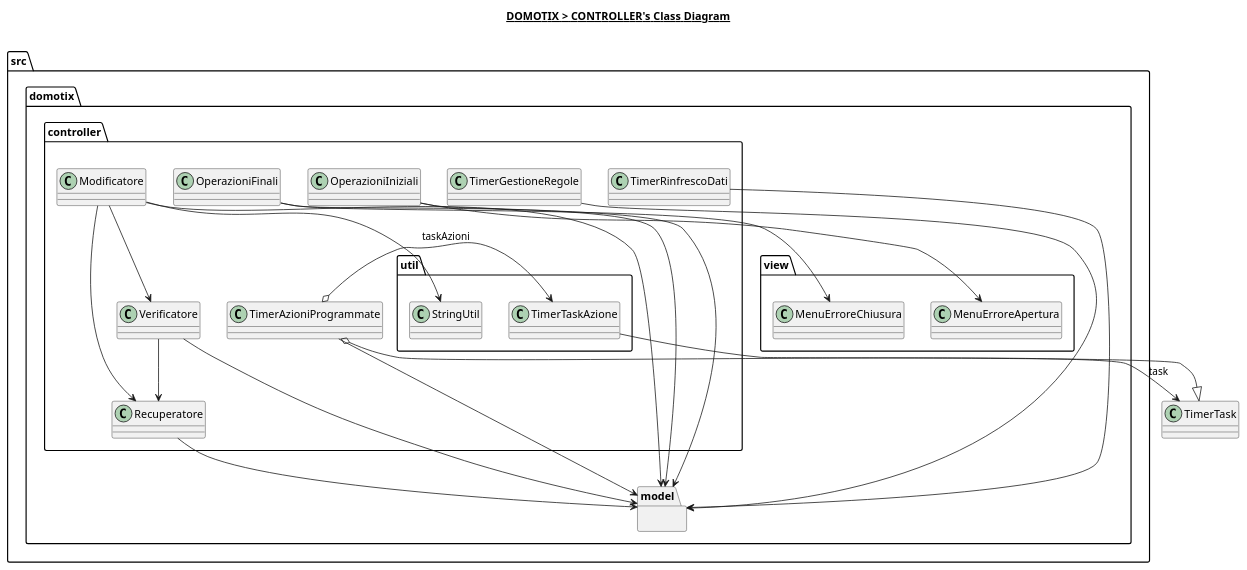
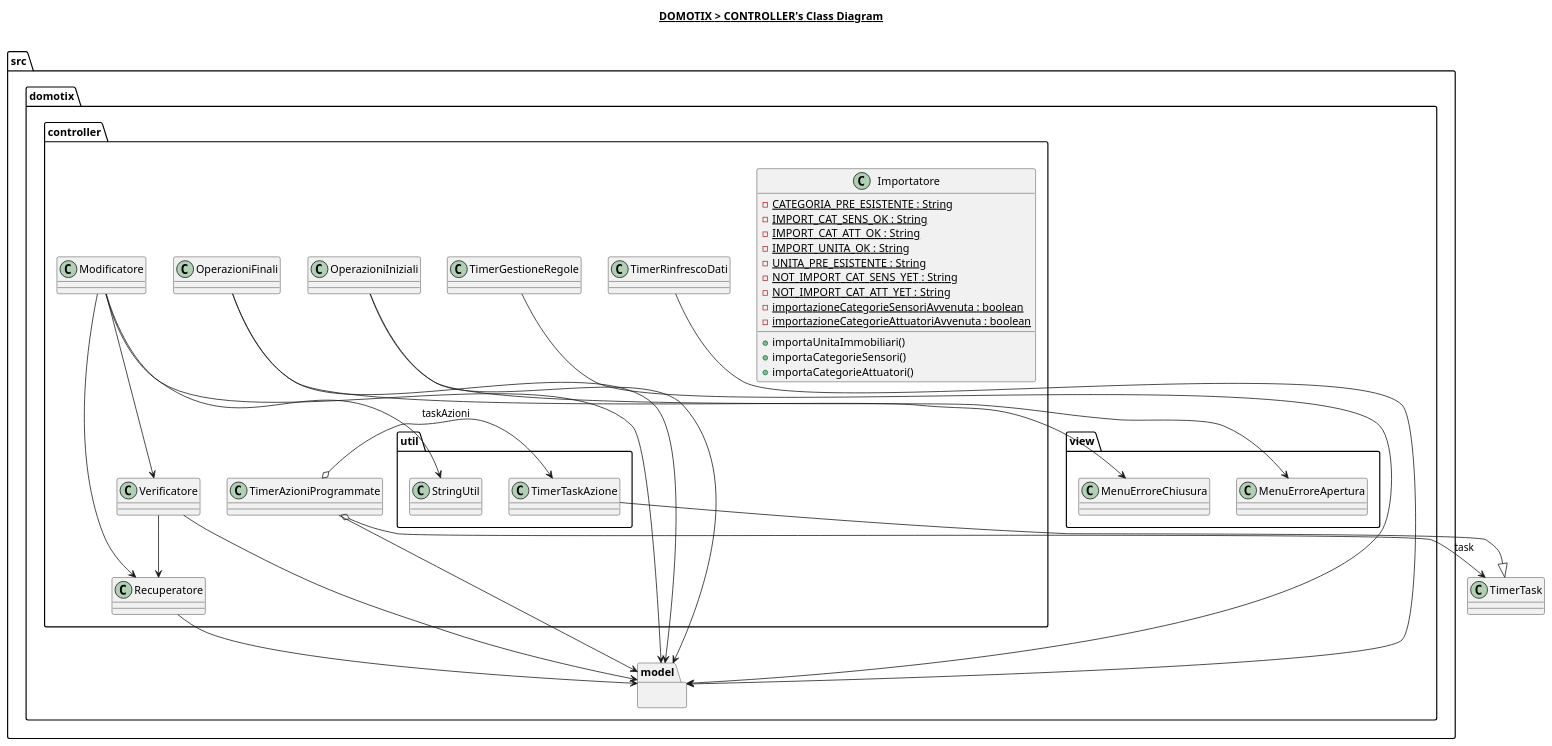
One commit to Edoar-do/Domotix changed the diagram in src/domotix/controller/controller.plantuml. Above: the diagram before and after it, drawn with PlantUML. The commit also changed 1 other file, not shown here.

Commit message:
Riporta modifiche in diagrammi V5

```diff
--- a/src/domotix/controller/controller.plantuml
+++ b/src/domotix/controller/controller.plantuml
@@ -1,65 +1,80 @@
 @startuml
 
 title __DOMOTIX > CONTROLLER's Class Diagram__\n
 
 namespace src.domotix.controller {
+    class src.domotix.controller.Importatore {
+        {static} - CATEGORIA_PRE_ESISTENTE : String
+        {static} - IMPORT_CAT_SENS_OK : String
+        {static} - IMPORT_CAT_ATT_OK : String
+        {static} - IMPORT_UNITA_OK : String
+        {static} - UNITA_PRE_ESISTENTE : String
+        {static} - NOT_IMPORT_CAT_SENS_YET : String
+        {static} - NOT_IMPORT_CAT_ATT_YET : String
+        {static} - importazioneCategorieSensoriAvvenuta : boolean
+        {static} - importazioneCategorieAttuatoriAvvenuta : boolean
+        + importaUnitaImmobiliari()
+        + importaCategorieSensori()
+        + importaCategorieAttuatori()
+    }
+
     class src.domotix.controller.Modificatore {
     }
 
     class src.domotix.controller.OperazioniFinali {
     }
 
     class src.domotix.controller.OperazioniIniziali {
     }
 
     class src.domotix.controller.Recuperatore {
     }
 
     class src.domotix.controller.Verificatore {
     }
 
     class src.domotix.controller.TimerGestioneRegole {
     }
 
     class src.domotix.controller.TimerRinfrescoDati {
     }
 
     class src.domotix.controller.TimerAzioniProgrammate {
     }
 
     namespace util {
         class src.domotix.controller.util.StringUtil {
         }
         class src.domotix.controller.util.TimerTaskAzione {
         }
     }
 }
 
 namespace src.domotix.model {
 
 }
 
 src.domotix.controller.Modificatore --> src.domotix.controller.util.StringUtil
 src.domotix.controller.Modificatore --> src.domotix.controller.Recuperatore
 src.domotix.controller.Modificatore --> src.domotix.controller.Verificatore
 src.domotix.controller.Modificatore --> src.domotix.model
 
 src.domotix.controller.Verificatore --> src.domotix.controller.Recuperatore
 src.domotix.controller.Verificatore --> src.domotix.model
 
 src.domotix.controller.Recuperatore --> src.domotix.model
 
 src.domotix.controller.OperazioniIniziali --> src.domotix.model
 src.domotix.controller.OperazioniIniziali --> src.domotix.view.MenuErroreApertura
 
 src.domotix.controller.OperazioniFinali --> src.domotix.model
 src.domotix.controller.OperazioniFinali --> src.domotix.view.MenuErroreChiusura
 
 src.domotix.controller.TimerGestioneRegole --> src.domotix.model
 src.domotix.controller.TimerRinfrescoDati --> src.domotix.model
 src.domotix.controller.TimerAzioniProgrammate --> src.domotix.model
 src.domotix.controller.TimerAzioniProgrammate o-> TimerTask : task
 src.domotix.controller.TimerAzioniProgrammate o-> src.domotix.controller.util.TimerTaskAzione : taskAzioni
 src.domotix.controller.util.TimerTaskAzione --|> TimerTask
 
 @enduml
```
